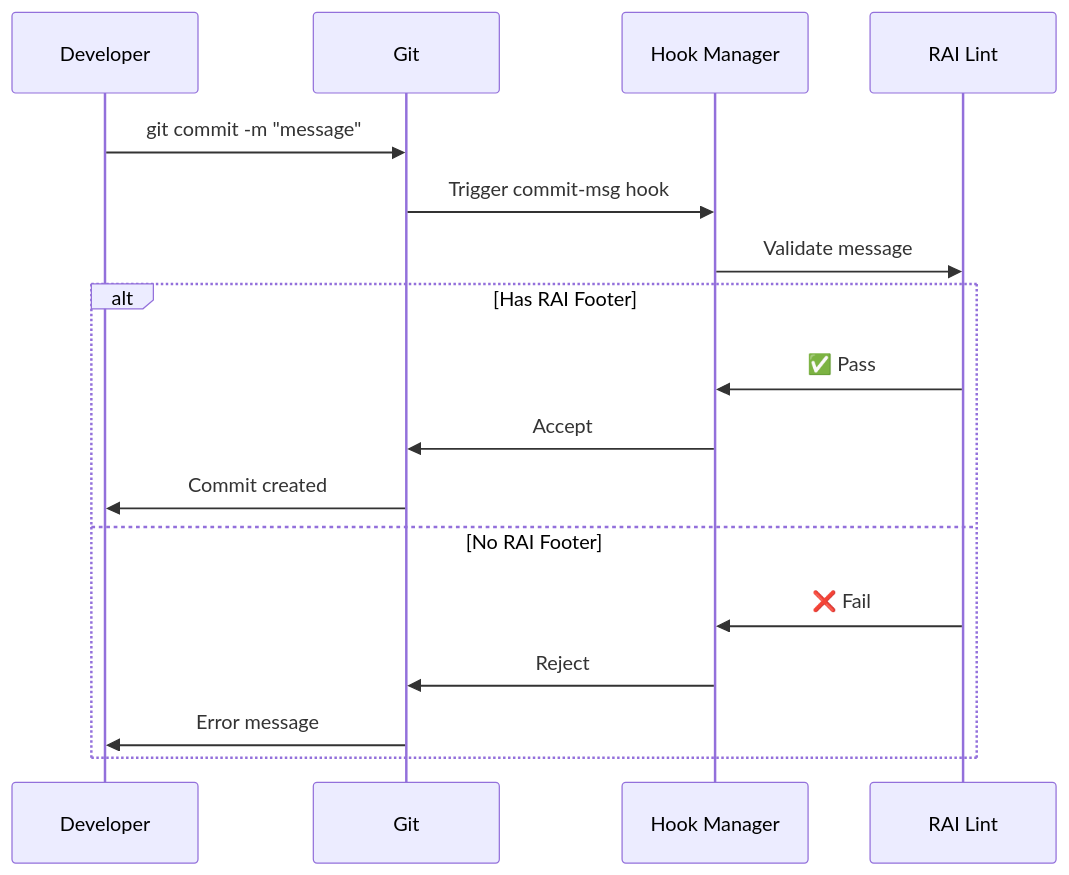
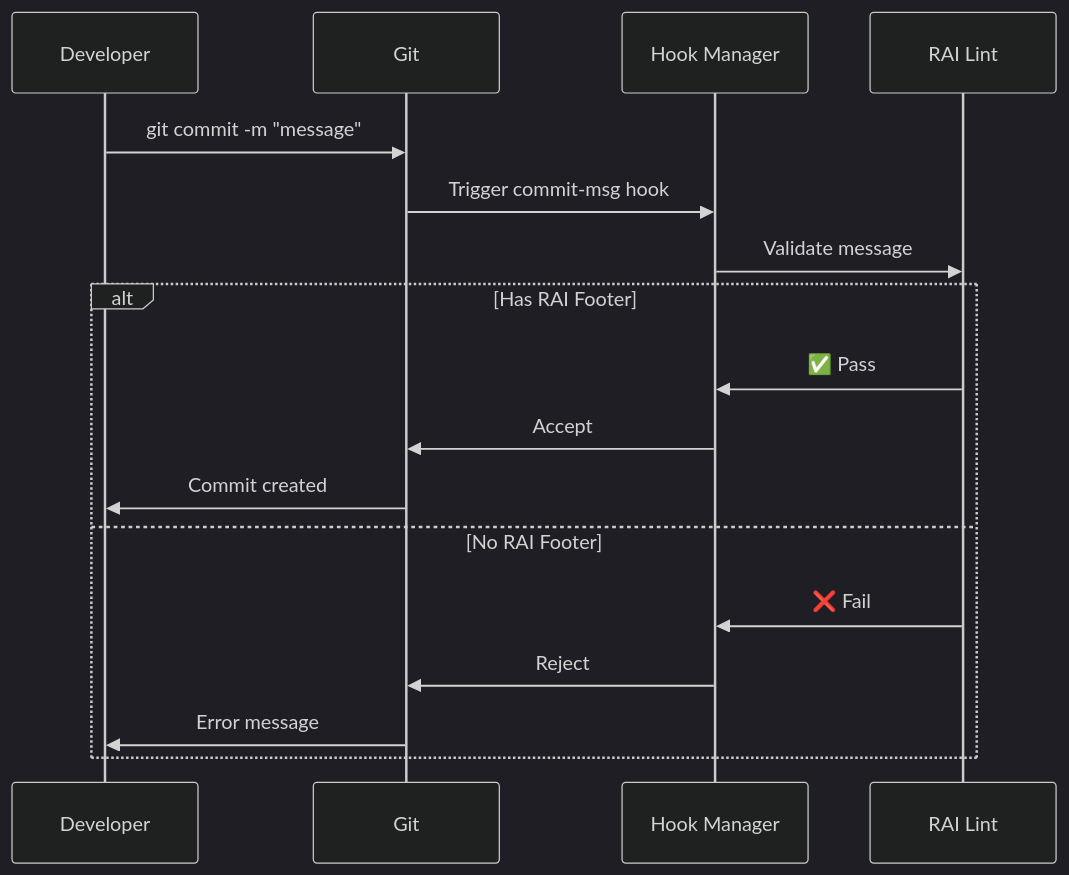
The second of 2 diagrams in docs/architecture.md (ChecKMarKDevTools/rai-lint), drawn with Mermaid before and after one commit. The commit also changed other lines of this file and 51 other files, not shown here.

````diff
--- a/docs/architecture.md
+++ b/docs/architecture.md
@@ -139,20 +140,21 @@
 ```mermaid
+%%{init: {'theme':'dark'}}%%
 sequenceDiagram
     participant Dev as Developer
     participant Git as Git
     participant Hook as Hook Manager
     participant Lint as RAI Lint
 
     Dev->>Git: git commit -m "message"
     Git->>Hook: Trigger commit-msg hook
     Hook->>Lint: Validate message
     alt Has RAI Footer
         Lint->>Hook: ✅ Pass
         Hook->>Git: Accept
         Git->>Dev: Commit created
     else No RAI Footer
         Lint->>Hook: ❌ Fail
         Hook->>Git: Reject
         Git->>Dev: Error message
     end
 ```
````
